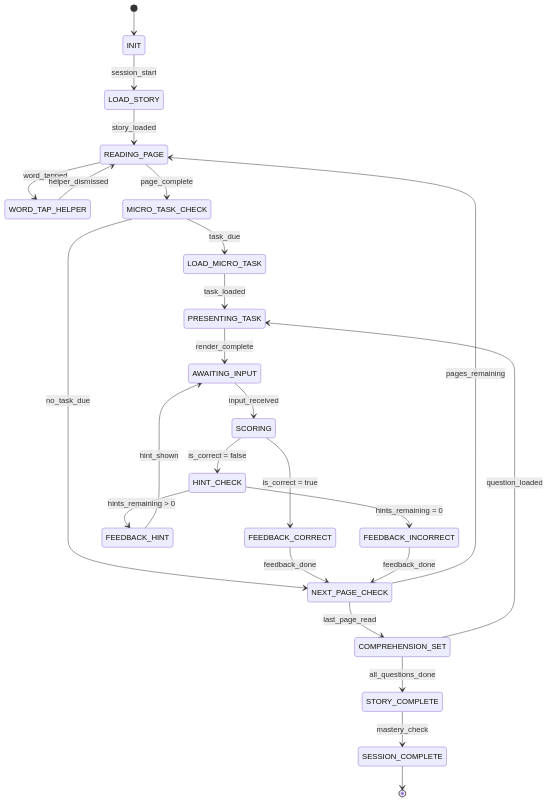
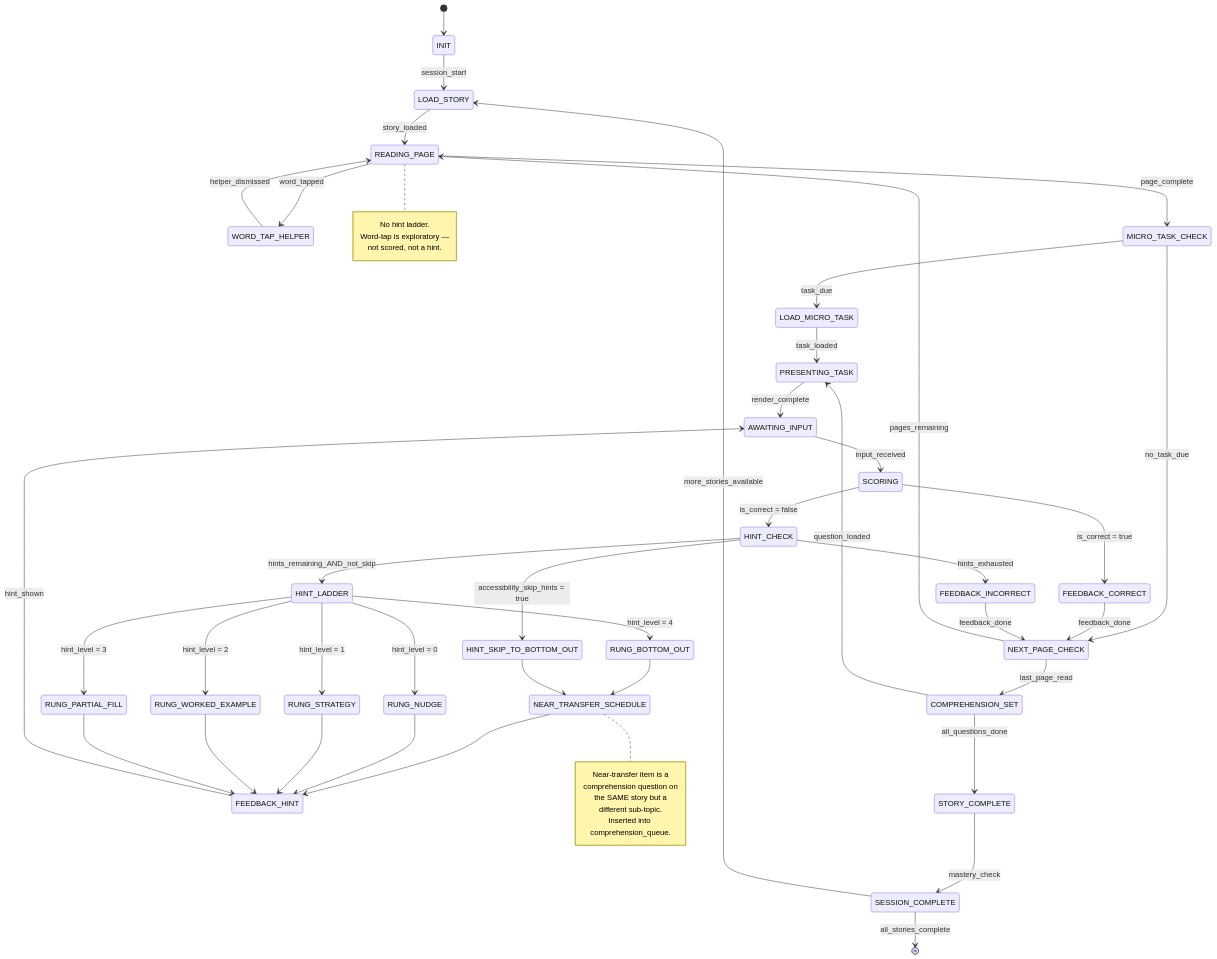
The diagram in docs/engines/story-microtasks.md (rcmiller01/AI_Tutor), drawn with Mermaid before and after one commit. The commit also changed other lines of this file and 43 other files, not shown here.

````diff
--- a/docs/engines/story-microtasks.md
+++ b/docs/engines/story-microtasks.md
@@ -11,27 +16,67 @@
 ```mermaid
 stateDiagram-v2
     [*] --> INIT
     INIT --> LOAD_STORY : session_start
     LOAD_STORY --> READING_PAGE : story_loaded
+
     READING_PAGE --> WORD_TAP_HELPER : word_tapped
     WORD_TAP_HELPER --> READING_PAGE : helper_dismissed
+
     READING_PAGE --> MICRO_TASK_CHECK : page_complete
     MICRO_TASK_CHECK --> LOAD_MICRO_TASK : task_due
     MICRO_TASK_CHECK --> NEXT_PAGE_CHECK : no_task_due
+
     LOAD_MICRO_TASK --> PRESENTING_TASK : task_loaded
     PRESENTING_TASK --> AWAITING_INPUT : render_complete
     AWAITING_INPUT --> SCORING : input_received
+
     SCORING --> FEEDBACK_CORRECT : is_correct = true
     SCORING --> HINT_CHECK : is_correct = false
-    HINT_CHECK --> FEEDBACK_HINT : hints_remaining > 0
-    HINT_CHECK --> FEEDBACK_INCORRECT : hints_remaining = 0
+
+    HINT_CHECK --> HINT_LADDER : hints_remaining_AND_not_skip
+    HINT_CHECK --> HINT_SKIP_TO_BOTTOM_OUT : accessibility_skip_hints = true
+    HINT_CHECK --> FEEDBACK_INCORRECT : hints_exhausted
+
+    HINT_LADDER --> RUNG_NUDGE : hint_level = 0
+    HINT_LADDER --> RUNG_STRATEGY : hint_level = 1
+    HINT_LADDER --> RUNG_WORKED_EXAMPLE : hint_level = 2
+    HINT_LADDER --> RUNG_PARTIAL_FILL : hint_level = 3
+    HINT_LADDER --> RUNG_BOTTOM_OUT : hint_level = 4
+
+    RUNG_BOTTOM_OUT --> NEAR_TRANSFER_SCHEDULE
+    HINT_SKIP_TO_BOTTOM_OUT --> NEAR_TRANSFER_SCHEDULE
+    NEAR_TRANSFER_SCHEDULE --> FEEDBACK_HINT
+
+    RUNG_NUDGE --> FEEDBACK_HINT
+    RUNG_STRATEGY --> FEEDBACK_HINT
+    RUNG_WORKED_EXAMPLE --> FEEDBACK_HINT
+    RUNG_PARTIAL_FILL --> FEEDBACK_HINT
+
     FEEDBACK_HINT --> AWAITING_INPUT : hint_shown
     FEEDBACK_CORRECT --> NEXT_PAGE_CHECK : feedback_done
     FEEDBACK_INCORRECT --> NEXT_PAGE_CHECK : feedback_done
+
     NEXT_PAGE_CHECK --> READING_PAGE : pages_remaining
     NEXT_PAGE_CHECK --> COMPREHENSION_SET : last_page_read
+
     COMPREHENSION_SET --> PRESENTING_TASK : question_loaded
     COMPREHENSION_SET --> STORY_COMPLETE : all_questions_done
+
     STORY_COMPLETE --> SESSION_COMPLETE : mastery_check
-    SESSION_COMPLETE --> [*]
+    SESSION_COMPLETE --> LOAD_STORY : more_stories_available
+    SESSION_COMPLETE --> [*] : all_stories_complete
+
+    note right of READING_PAGE
+        No hint ladder.
+        Word-tap is exploratory —
+        not scored, not a hint.
+    end note
+
+    note right of NEAR_TRANSFER_SCHEDULE
+        Near-transfer item is a
+        comprehension question on
+        the SAME story but a
+        different sub-topic.
+        Inserted into comprehension_queue.
+    end note
 ```
````
